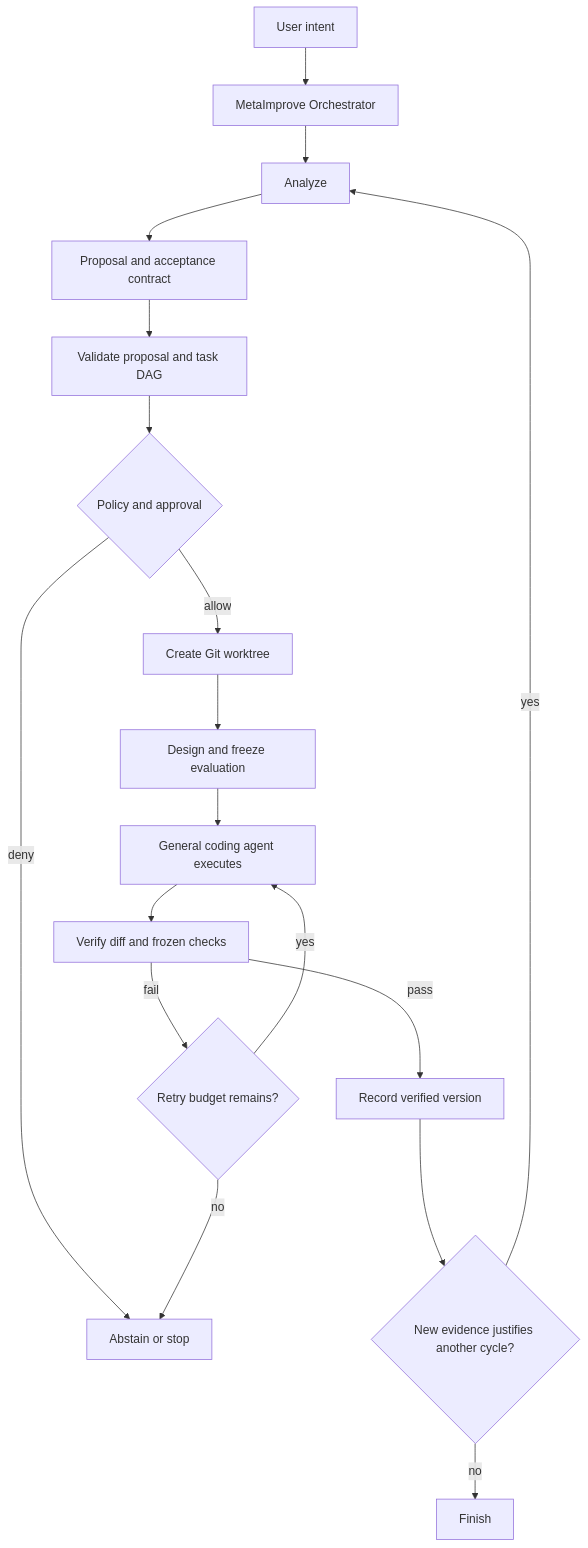
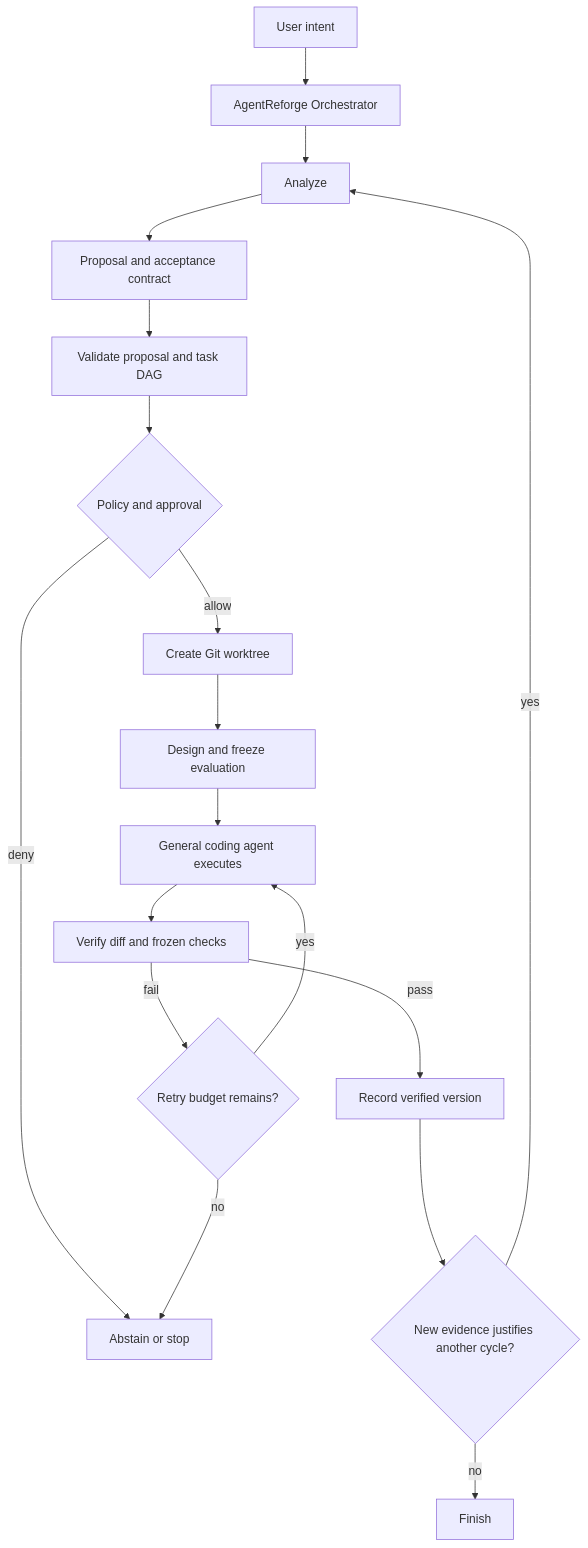
Before and after one commit to SeanHe727/AgentReforge: the diagram in docs/unified-agent-workflow.md, drawn with Mermaid. The commit also changed other lines of this file and 81 other files, not shown here.

Commit message:
refactor: rename project package and CLI to AgentReforge

````diff
--- a/docs/unified-agent-workflow.md
+++ b/docs/unified-agent-workflow.md
@@ -53,20 +53,20 @@
 ```mermaid
 flowchart TD
-    U["User intent"] --> O["MetaImprove Orchestrator"]
+    U["User intent"] --> O["AgentReforge Orchestrator"]
     O --> A["Analyze"]
     A --> P["Proposal and acceptance contract"]
     P --> PV["Validate proposal and task DAG"]
     PV --> G{"Policy and approval"}
     G -->|deny| S["Abstain or stop"]
     G -->|allow| W["Create Git worktree"]
     W --> D["Design and freeze evaluation"]
     D --> E["General coding agent executes"]
     E --> V["Verify diff and frozen checks"]
     V -->|fail| R{"Retry budget remains?"}
     R -->|yes| E
     R -->|no| S
     V -->|pass| C["Record verified version"]
     C --> N{"New evidence justifies another cycle?"}
     N -->|yes| A
     N -->|no| F["Finish"]
 ```
````
